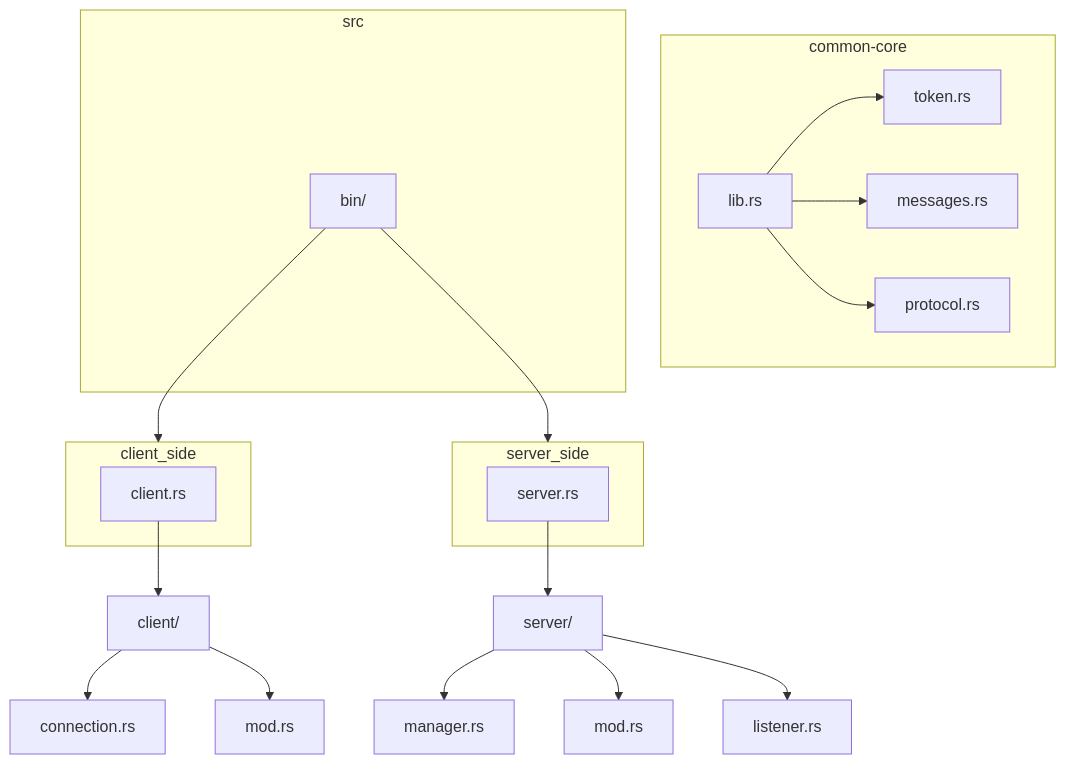
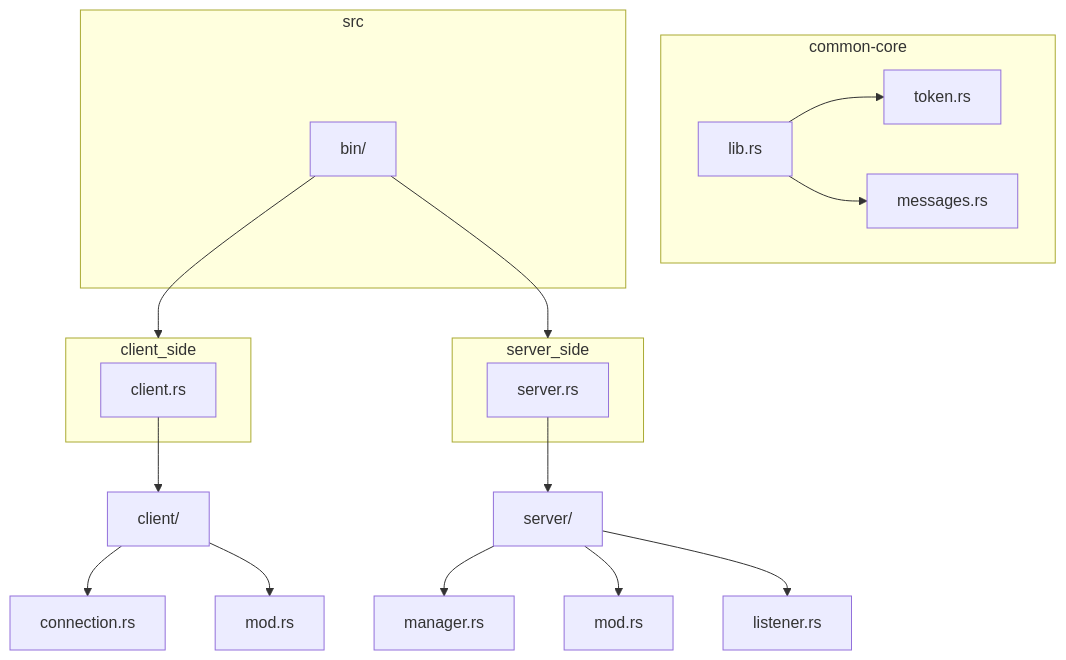
Before and after one commit to AymaneImr/privy: the diagram in src/README.md, drawn with Mermaid.

Commit message:
docs: fix typo in README.md

````diff
--- a/src/README.md
+++ b/src/README.md
@@ -1,39 +1,37 @@
 ```mermaid
 graph TD
     subgraph common-core
         lib[lib.rs]
         tokens[token.rs]
         messages[messages.rs]
-        protocol[protocol.rs]
         
     end
 
     subgraph src
         bin_dir[bin/]
     end
 
     bin_dir --> client_side
     bin_dir --> server_side
 
     subgraph client_side
         client_bin[client.rs]
     end
 
     subgraph server_side
         server_bin[server.rs]
     end
 
     client_bin --> client_mod[client/]
     server_bin --> server_mod[server/]
 
     client_mod --> conn_mod[connection.rs]
     client_mod --> mid_mod1[mod.rs]
 
     server_mod --> man_mod[manager.rs]
     server_mod --> mid_mod2[mod.rs]
     server_mod --> listeners[listener.rs]
 
     lib --> tokens
     lib --> messages
-    lib --> protocol
 ```
````
